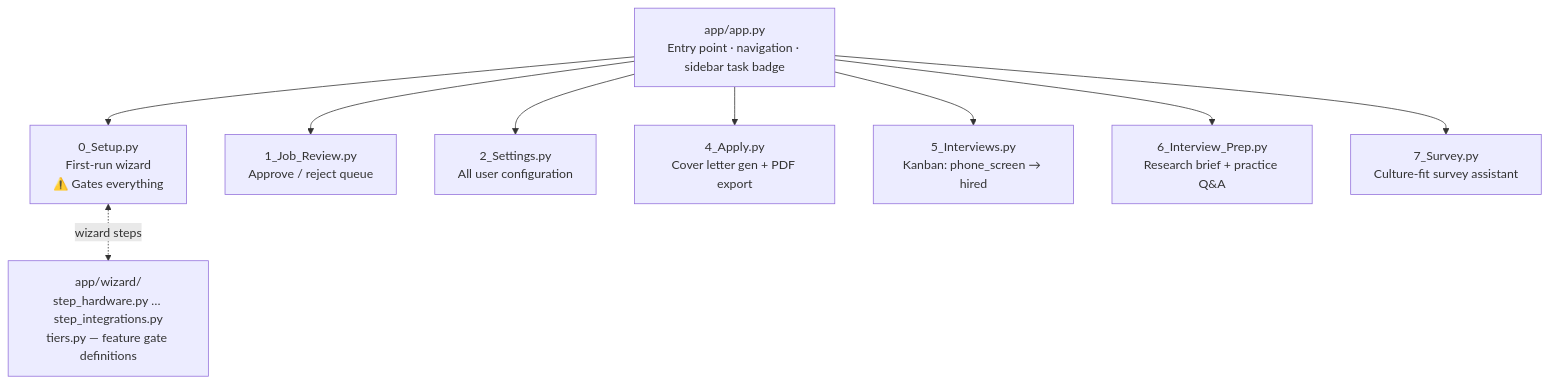
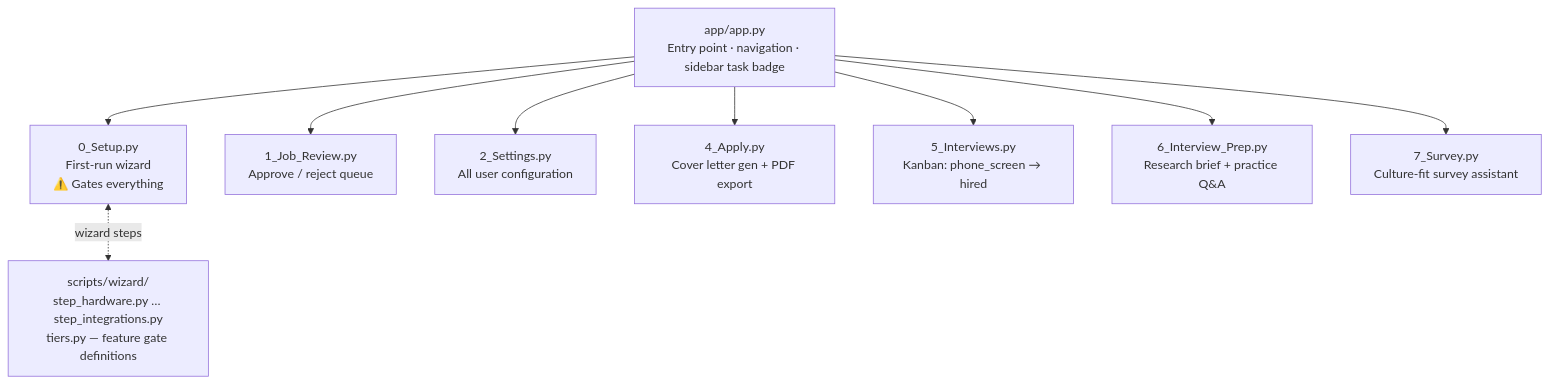
One commit to CircuitForgeLLC/peregrine changed the third of 4 diagrams in docs/developer-guide/architecture.md. Above: the diagram before and after it, drawn with Mermaid. The commit also changed other lines of this file and 10 other files, not shown here.

````diff
--- a/docs/developer-guide/architecture.md
+++ b/docs/developer-guide/architecture.md
@@ -60,22 +60,22 @@
 ```mermaid
 flowchart TD
     entry["app/app.py\nEntry point · navigation · sidebar task badge"]
 
     setup["0_Setup.py\nFirst-run wizard\n⚠️ Gates everything"]
     review["1_Job_Review.py\nApprove / reject queue"]
     settings["2_Settings.py\nAll user configuration"]
     apply["4_Apply.py\nCover letter gen + PDF export"]
     interviews["5_Interviews.py\nKanban: phone_screen → hired"]
     prep["6_Interview_Prep.py\nResearch brief + practice Q&A"]
     survey["7_Survey.py\nCulture-fit survey assistant"]
-    wizard["app/wizard/\nstep_hardware.py … step_integrations.py\ntiers.py — feature gate definitions"]
+    wizard["scripts/wizard/\nstep_hardware.py … step_integrations.py\ntiers.py — feature gate definitions"]
 
     entry --> setup
     entry --> review
     entry --> settings
     entry --> apply
     entry --> interviews
     entry --> prep
     entry --> survey
     setup <-.->|wizard steps| wizard
 ```
````
